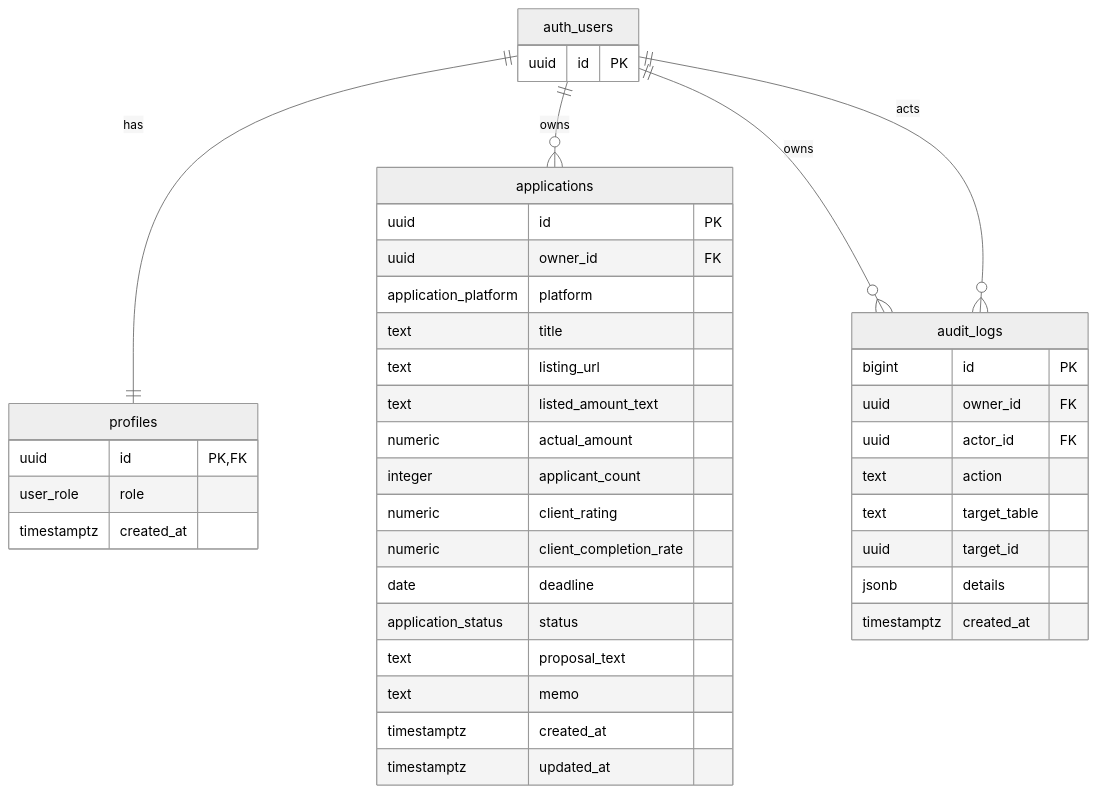
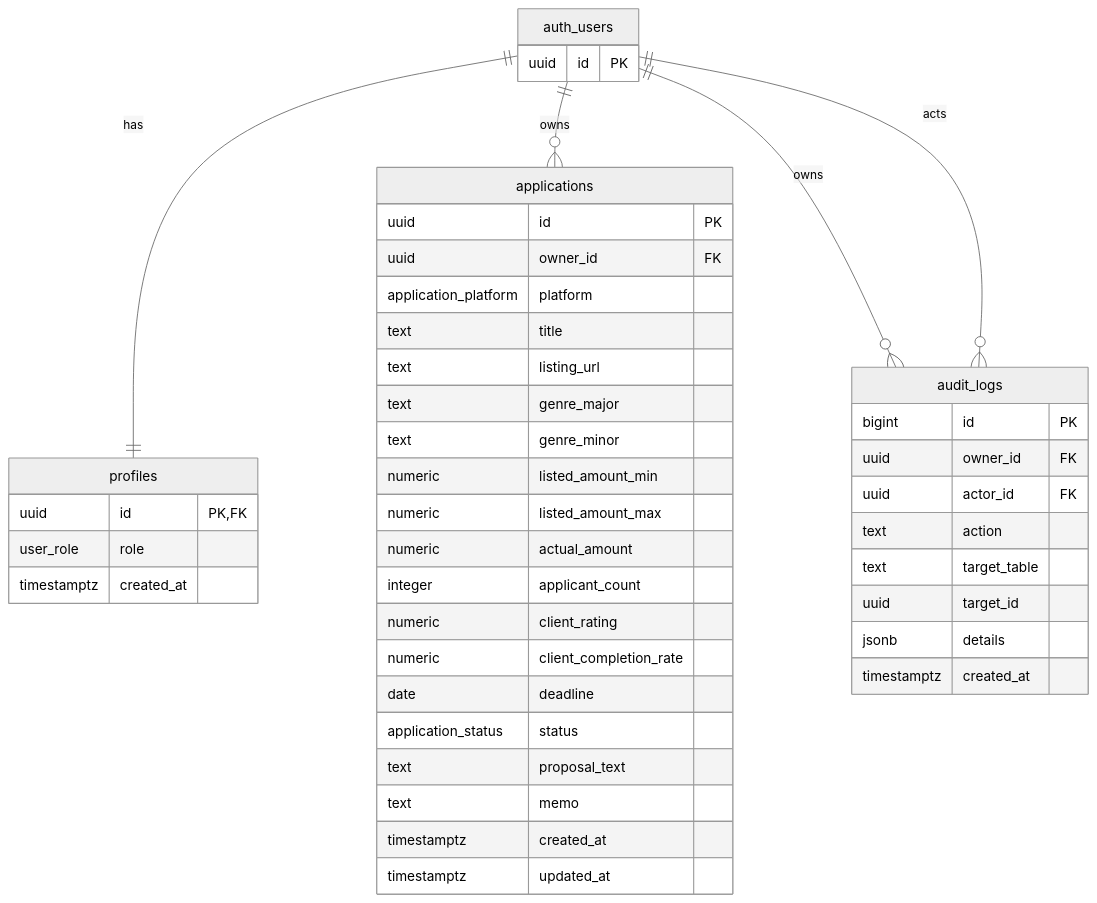
One commit to hiromi-takemoto/apply-tracker changed the diagram in docs/ER.md. Above: the diagram before and after it, drawn with Mermaid (neutral theme). The commit also changed 8 other files, not shown here.

````diff
--- a/docs/ER.md
+++ b/docs/ER.md
@@ -5,47 +5,50 @@
 ```mermaid
 erDiagram
     auth_users ||--|| profiles : "has"
     auth_users ||--o{ applications : "owns"
     auth_users ||--o{ audit_logs : "owns"
     auth_users ||--o{ audit_logs : "acts"
 
     auth_users {
         uuid id PK
     }
 
     profiles {
         uuid id PK,FK
         user_role role
         timestamptz created_at
     }
 
     applications {
         uuid id PK
         uuid owner_id FK
         application_platform platform
         text title
         text listing_url
-        text listed_amount_text
+        text genre_major
+        text genre_minor
+        numeric listed_amount_min
+        numeric listed_amount_max
         numeric actual_amount
         integer applicant_count
         numeric client_rating
         numeric client_completion_rate
         date deadline
         application_status status
         text proposal_text
         text memo
         timestamptz created_at
         timestamptz updated_at
     }
 
     audit_logs {
         bigint id PK
         uuid owner_id FK
         uuid actor_id FK
         text action
         text target_table
         uuid target_id
         jsonb details
         timestamptz created_at
     }
 ```
````
